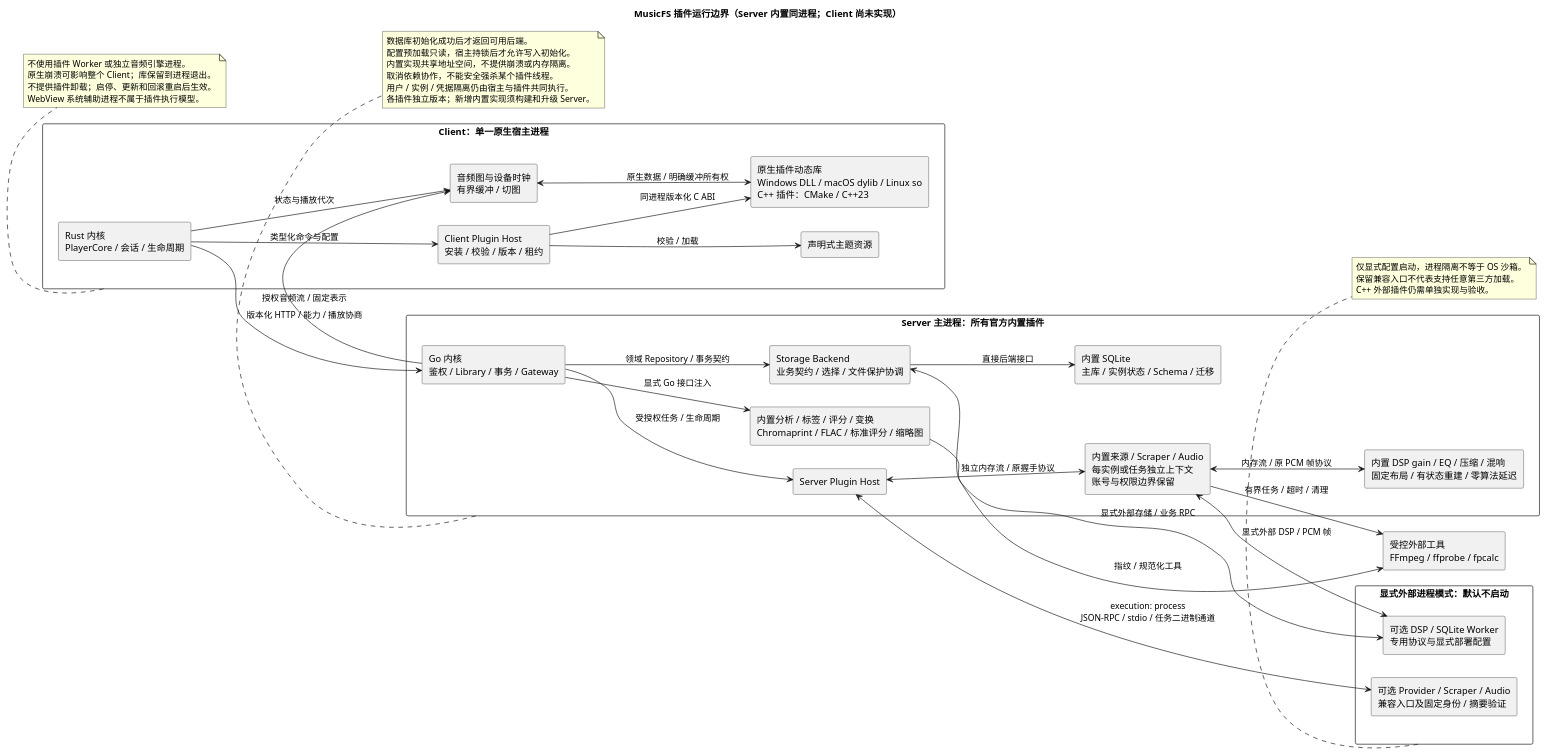
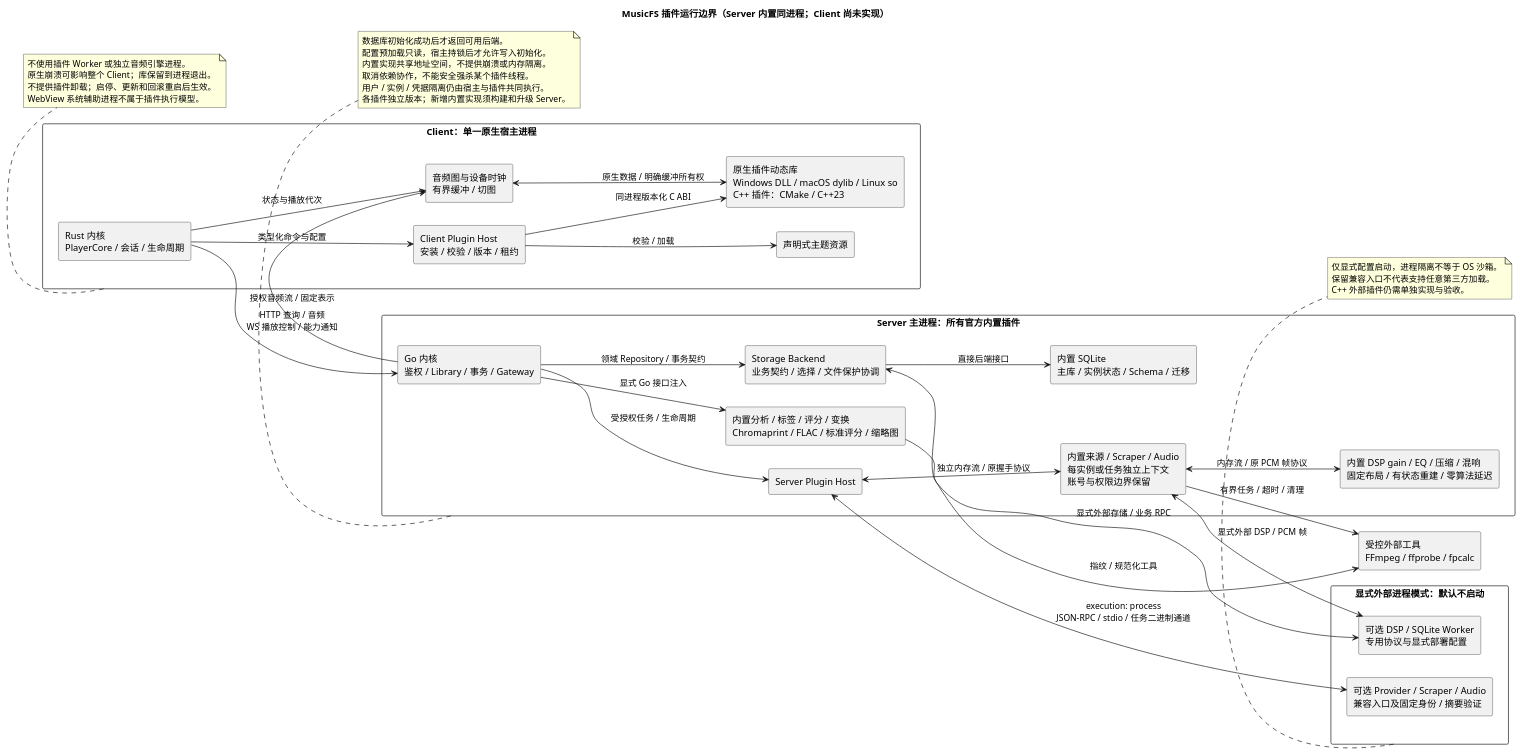
One commit to fnMrRice/MusicFS changed the diagram in docs/diagrams/plugin-boundaries.puml. Above: the diagram before and after it, drawn with PlantUML. The commit also changed 5 other files, not shown here.

```diff
--- a/docs/diagrams/plugin-boundaries.puml
+++ b/docs/diagrams/plugin-boundaries.puml
@@ -1,71 +1,71 @@
 @startuml
 title MusicFS 插件运行边界（Server 内置同进程；Client 尚未实现）
 left to right direction
 skinparam componentStyle rectangle
 
 rectangle "Client：单一原生宿主进程" as Client {
   component "Rust 内核\nPlayerCore / 会话 / 生命周期" as Core
   component "Client Plugin Host\n安装 / 校验 / 版本 / 租约" as CHost
   component "原生插件动态库\nWindows DLL / macOS dylib / Linux so\nC++ 插件：CMake / C++23" as Dll
   component "音频图与设备时钟\n有界缓冲 / 切图" as Audio
   component "声明式主题资源" as Theme
   Core --> CHost : 类型化命令与配置
   CHost --> Dll : 同进程版本化 C ABI
   Audio <--> Dll : 原生数据 / 明确缓冲所有权
   Core --> Audio : 状态与播放代次
   CHost --> Theme : 校验 / 加载
 }
 
 rectangle "Server 主进程：所有官方内置插件" as Server {
   component "Go 内核\n鉴权 / Library / 事务 / Gateway" as SCore
   component "Server Plugin Host" as SHost
   component "Storage Backend\n业务契约 / 选择 / 文件保护协调" as Storage
   component "内置来源 / Scraper / Audio\n每实例或任务独立上下文\n账号与权限边界保留" as Builtin
   component "内置 DSP gain / EQ / 压缩 / 混响\n固定布局 / 有状态重建 / 零算法延迟" as DSP
   component "内置 SQLite\n主库 / 实例状态 / Schema / 迁移" as DB
   component "内置分析 / 标签 / 评分 / 变换\nChromaprint / FLAC / 标准评分 / 缩略图" as Algorithms
   SCore --> SHost : 受授权任务 / 生命周期
   SCore --> Storage : 领域 Repository / 事务契约
   SHost <--> Builtin : 独立内存流 / 原握手协议
   Builtin <--> DSP : 内存流 / 原 PCM 帧协议
   Storage --> DB : 直接后端接口
   SCore --> Algorithms : 显式 Go 接口注入
 }
 
 rectangle "显式外部进程模式：默认不启动" as Workers {
   component "可选 Provider / Scraper / Audio\n兼容入口及固定身份 / 摘要验证" as Worker
   component "可选 DSP / SQLite Worker\n专用协议与显式部署配置" as ExternalInfrastructure
 }
 
 component "受控外部工具\nFFmpeg / ffprobe / fpcalc" as Tools
 
-Core --> SCore : 版本化 HTTP / 能力 / 播放协商
+Core --> SCore : HTTP 查询 / 音频\nWS 播放控制 / 能力通知
 SCore --> Audio : 授权音频流 / 固定表示
 SHost <--> Worker : execution: process\nJSON-RPC / stdio / 任务二进制通道
 Storage <--> ExternalInfrastructure : 显式外部存储 / 业务 RPC
 Builtin <--> ExternalInfrastructure : 显式外部 DSP / PCM 帧
 Builtin --> Tools : 有界任务 / 超时 / 清理
 Algorithms --> Tools : 指纹 / 规范化工具
 
 note bottom of Client
   不使用插件 Worker 或独立音频引擎进程。
   原生崩溃可影响整个 Client；库保留到进程退出。
   不提供插件卸载；启停、更新和回滚重启后生效。
   WebView 系统辅助进程不属于插件执行模型。
 end note
 
 note bottom of Server
   数据库初始化成功后才返回可用后端。
   配置预加载只读，宿主持锁后才允许写入初始化。
   内置实现共享地址空间，不提供崩溃或内存隔离。
   取消依赖协作，不能安全强杀某个插件线程。
   用户 / 实例 / 凭据隔离仍由宿主与插件共同执行。
   各插件独立版本；新增内置实现须构建和升级 Server。
 end note
 
 note bottom of Workers
   仅显式配置启动，进程隔离不等于 OS 沙箱。
   保留兼容入口不代表支持任意第三方加载。
   C++ 外部插件仍需单独实现与验收。
 end note
 @enduml
```
